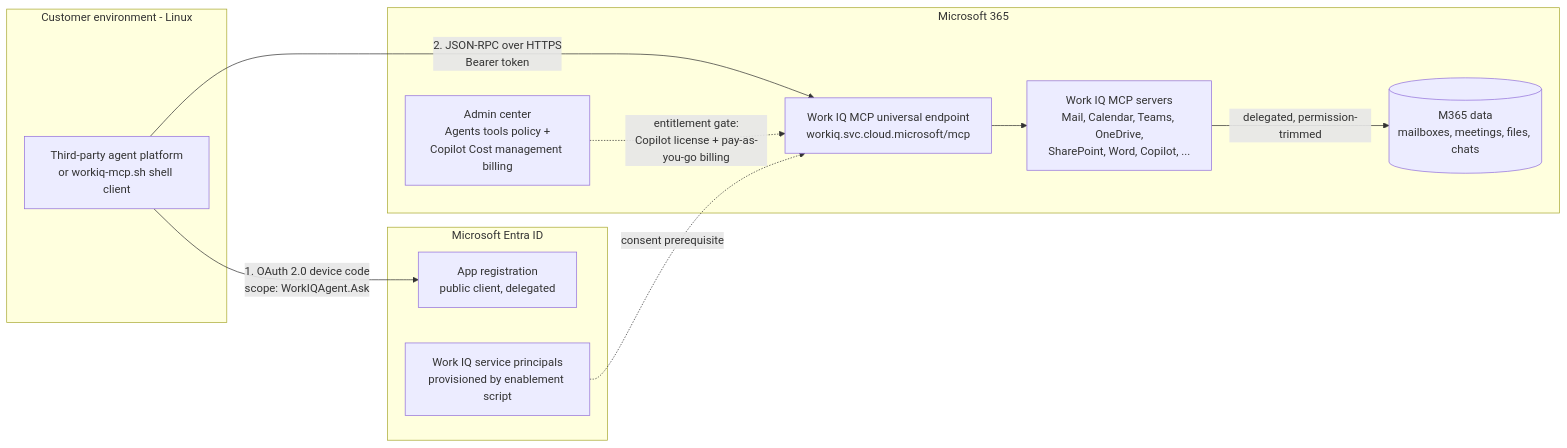
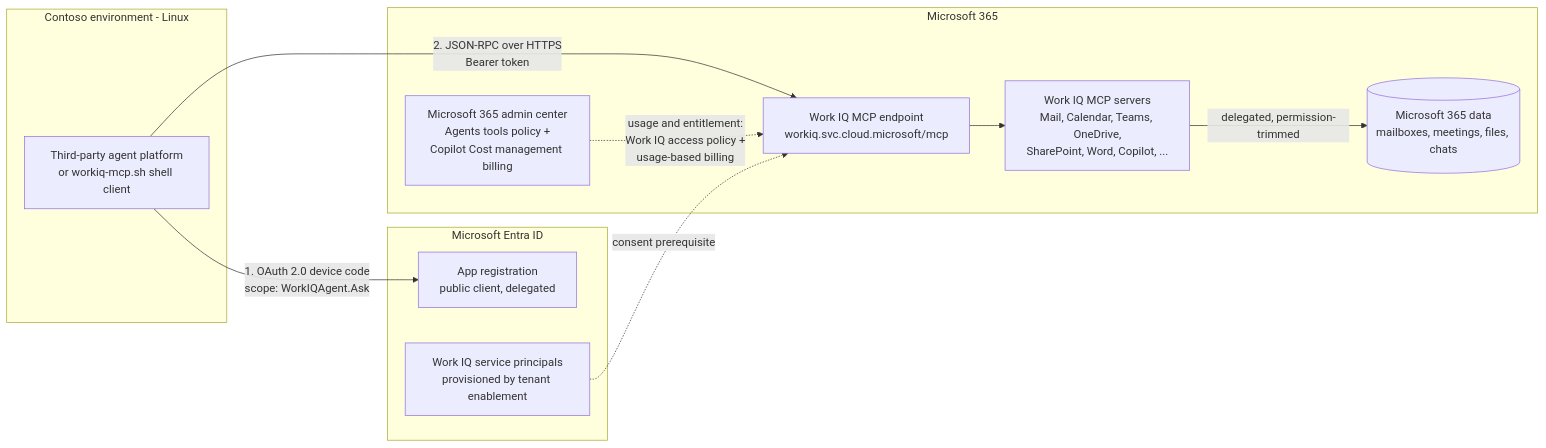
The diagram in README.md (renatocamara/workiq-mcp-third-party-runbook), drawn with Mermaid before and after one commit. The commit also changed other lines of this file and 4 other files, not shown here.

````diff
--- a/README.md
+++ b/README.md
@@ -20,25 +38,25 @@
 ```mermaid
 flowchart LR
-    subgraph customer [Customer environment - Linux]
+    subgraph contoso [Contoso environment - Linux]
         A[Third-party agent platform<br/>or workiq-mcp.sh shell client]
     end
 
     subgraph entra [Microsoft Entra ID]
         B[App registration<br/>public client, delegated]
-        C[Work IQ service principals<br/>provisioned by enablement script]
+        C[Work IQ service principals<br/>provisioned by tenant enablement]
     end
 
     subgraph m365 [Microsoft 365]
-        D[Work IQ MCP universal endpoint<br/>workiq.svc.cloud.microsoft/mcp]
+        D[Work IQ MCP endpoint<br/>workiq.svc.cloud.microsoft/mcp]
         E[Work IQ MCP servers<br/>Mail, Calendar, Teams, OneDrive,<br/>SharePoint, Word, Copilot, ...]
-        F[(M365 data<br/>mailboxes, meetings, files, chats)]
-        G[Admin center<br/>Agents tools policy +<br/>Copilot Cost management billing]
+        F[(Microsoft 365 data<br/>mailboxes, meetings, files, chats)]
+        G[Microsoft 365 admin center<br/>Agents tools policy +<br/>Copilot Cost management billing]
     end
 
     A -- "1. OAuth 2.0 device code<br/>scope: WorkIQAgent.Ask" --> B
     A -- "2. JSON-RPC over HTTPS<br/>Bearer token" --> D
     D --> E
     E -- "delegated, permission-trimmed" --> F
-    G -. "entitlement gate:<br/>Copilot license + pay-as-you-go billing" .-> D
+    G -. "usage and entitlement:<br/>Work IQ access policy +<br/>usage-based billing" .-> D
     C -. "consent prerequisite" .-> D
 ```
````
